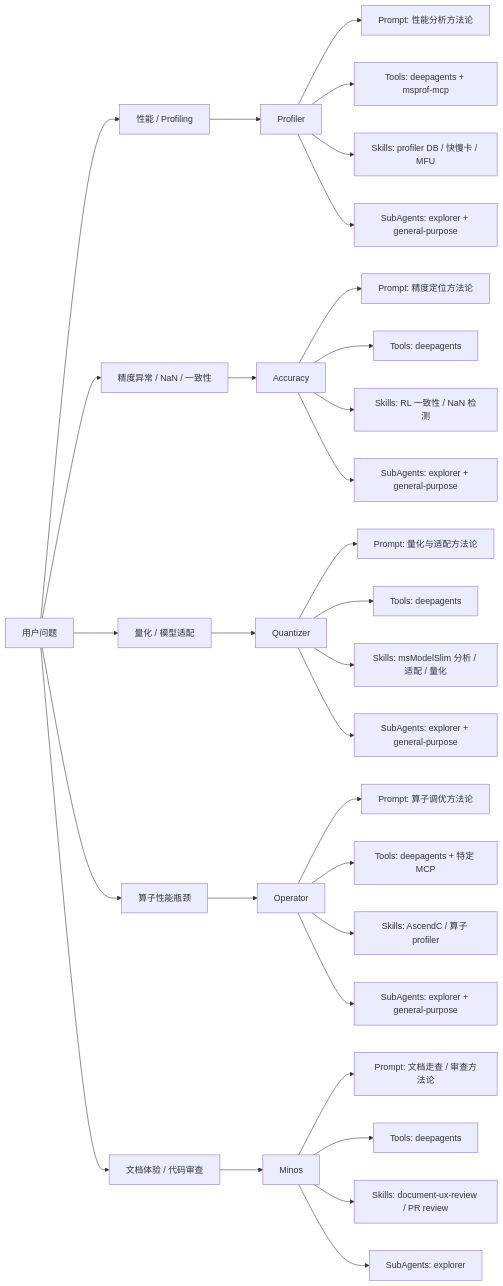
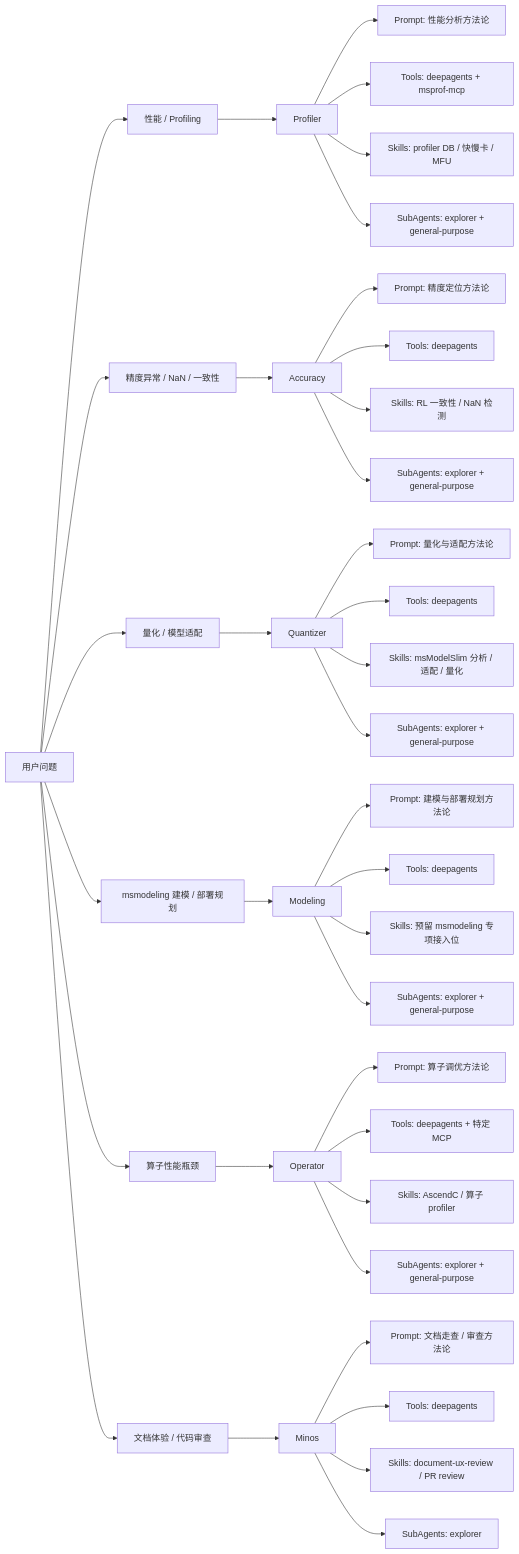
The third of 6 diagrams in docs/zh/design/msagent_design.md (Krusty84/msagent), drawn with Mermaid before and after one commit. The commit also changed other lines of this file and 9 other files, not shown here.

````diff
--- a/docs/zh/design/msagent_design.md
+++ b/docs/zh/design/msagent_design.md
@@ -220,39 +221,46 @@
 ```mermaid
 flowchart LR
     U["用户问题"] --> Q1["性能 / Profiling"]
     U --> Q2["精度异常 / NaN / 一致性"]
     U --> Q3["量化 / 模型适配"]
-    U --> Q4["算子性能瓶颈"]
-    U --> Q5["文档体验 / 代码审查"]
+    U --> Q4["msmodeling 建模 / 部署规划"]
+    U --> Q5["算子性能瓶颈"]
+    U --> Q6["文档体验 / 代码审查"]
 
     Q1 --> H["Profiler"]
     Q2 --> A["Accuracy"]
     Q3 --> Z["Quantizer"]
-    Q4 --> I["Operator"]
-    Q5 --> M["Minos"]
+    Q4 --> O["Modeling"]
+    Q5 --> I["Operator"]
+    Q6 --> M["Minos"]
 
     H --> H1["Prompt: 性能分析方法论"]
     H --> H2["Tools: deepagents + msprof-mcp"]
     H --> H3["Skills: profiler DB / 快慢卡 / MFU"]
     H --> H4["SubAgents: explorer + general-purpose"]
 
     A --> A1["Prompt: 精度定位方法论"]
     A --> A2["Tools: deepagents"]
     A --> A3["Skills: RL 一致性 / NaN 检测"]
     A --> A4["SubAgents: explorer + general-purpose"]
 
     Z --> Z1["Prompt: 量化与适配方法论"]
     Z --> Z2["Tools: deepagents"]
     Z --> Z3["Skills: msModelSlim 分析 / 适配 / 量化"]
     Z --> Z4["SubAgents: explorer + general-purpose"]
 
+    O --> O1["Prompt: 建模与部署规划方法论"]
+    O --> O2["Tools: deepagents"]
+    O --> O3["Skills: 预留 msmodeling 专项接入位"]
+    O --> O4["SubAgents: explorer + general-purpose"]
+
     I --> I1["Prompt: 算子调优方法论"]
     I --> I2["Tools: deepagents + 特定 MCP"]
     I --> I3["Skills: AscendC / 算子 profiler"]
     I --> I4["SubAgents: explorer + general-purpose"]
 
     M --> M1["Prompt: 文档走查 / 审查方法论"]
     M --> M2["Tools: deepagents"]
     M --> M3["Skills: document-ux-review / PR review"]
     M --> M4["SubAgents: explorer"]
 ```
````
